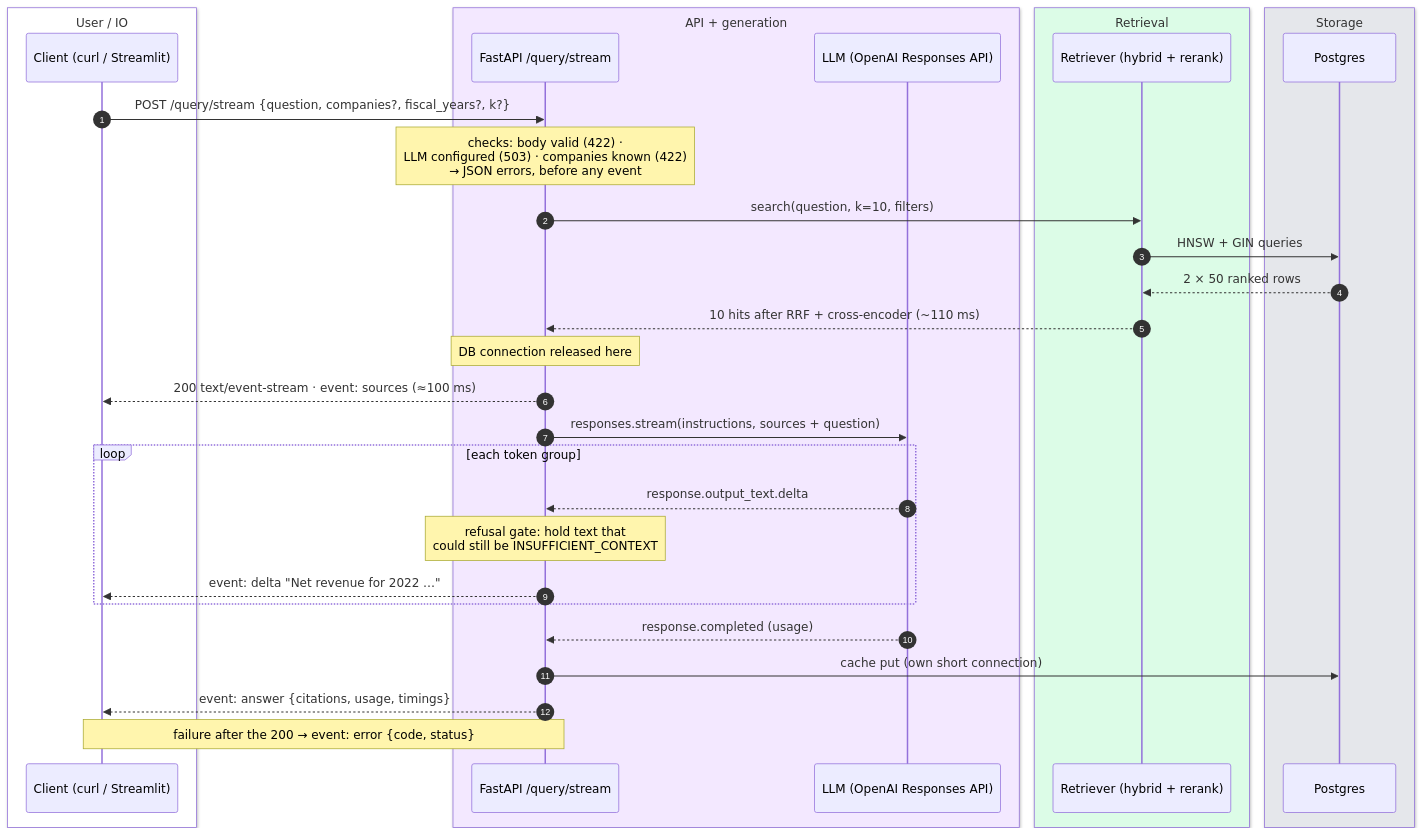
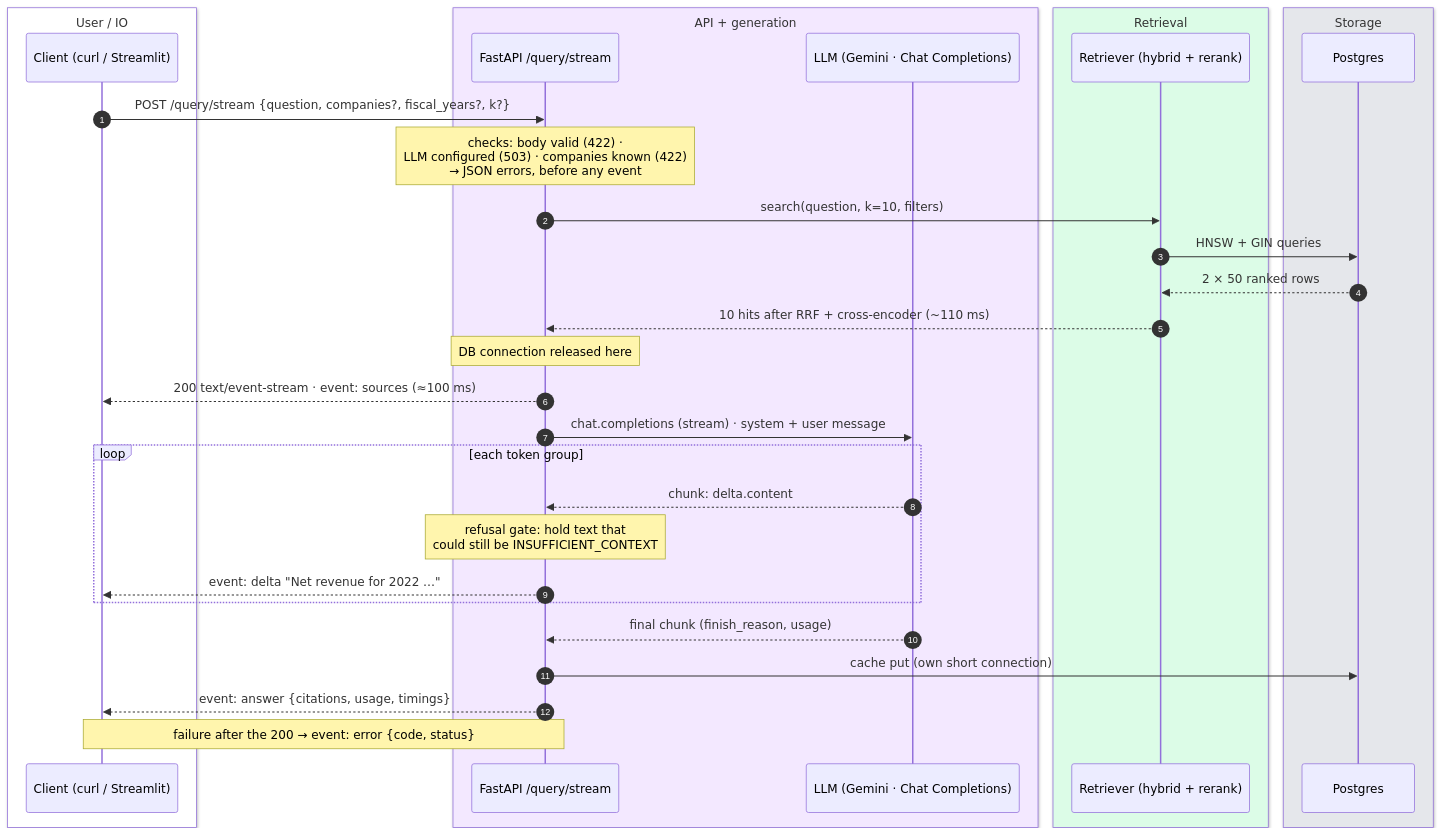
One commit to Deoxy7/rag-assistant changed the diagram in docs/diagrams/src/14-sse-sequence.mmd. Above: the diagram before and after it, drawn with Mermaid. The commit also changed 66 other files, not shown here.

Commit message:
docs: Gemini provider switch — client, model choice, card x-llm-provider, judge caveat, T-045..T-051, smoke results

```diff
--- a/docs/diagrams/src/14-sse-sequence.mmd
+++ b/docs/diagrams/src/14-sse-sequence.mmd
@@ -1,34 +1,34 @@
 %% Owner: docs/14-api-and-streaming.md — one POST /query/stream, measured timings with the fake LLM.
 sequenceDiagram
     autonumber
     box rgb(255,255,255) User / IO
         participant C as Client (curl / Streamlit)
     end
     box rgb(243,232,255) API + generation
         participant A as FastAPI /query/stream
-        participant L as LLM (OpenAI Responses API)
+        participant L as LLM (Gemini · Chat Completions)
     end
     box rgb(220,252,231) Retrieval
         participant R as Retriever (hybrid + rerank)
     end
     box rgb(229,231,235) Storage
         participant P as Postgres
     end
     C->>A: POST /query/stream {question, companies?, fiscal_years?, k?}
     Note over A: checks: body valid (422) ·<br/>LLM configured (503) · companies known (422)<br/>→ JSON errors, before any event
     A->>R: search(question, k=10, filters)
     R->>P: HNSW + GIN queries
     P-->>R: 2 × 50 ranked rows
     R-->>A: 10 hits after RRF + cross-encoder (~110 ms)
     Note over A: DB connection released here
     A-->>C: 200 text/event-stream · event: sources (≈100 ms)
-    A->>L: responses.stream(instructions, sources + question)
+    A->>L: chat.completions (stream) · system + user message
     loop each token group
-        L-->>A: response.output_text.delta
+        L-->>A: chunk: delta.content
         Note over A: refusal gate: hold text that<br/>could still be INSUFFICIENT_CONTEXT
         A-->>C: event: delta "Net revenue for 2022 …"
     end
-    L-->>A: response.completed (usage)
+    L-->>A: final chunk (finish_reason, usage)
     A->>P: cache put (own short connection)
     A-->>C: event: answer {citations, usage, timings}
     Note over C,A: failure after the 200 → event: error {code, status}
```
